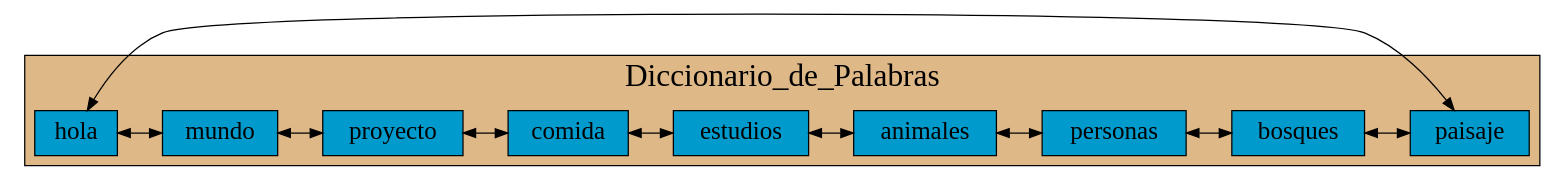
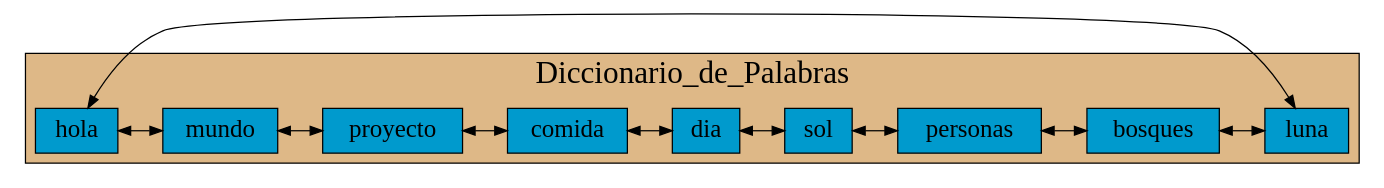
One commit to mariotun/EDD_1S2020_PY1_201602942 changed the diagram in Graficas/LCD_Diccionario.dot. Above: the diagram before and after it, drawn with Graphviz. The commit also changed 20 other files, not shown here.

```diff
--- a/Graficas/LCD_Diccionario.dot
+++ b/Graficas/LCD_Diccionario.dot
@@ -1,42 +1,42 @@
 digraph Lista_Doble{
 
 graph[ranksep= "0.5",nodesep= "0.5"];
 node[fontcolor=black shape=box style=filled fillcolor=deepskyblue3 fontsize=20];
 
 subgraph cluster_1 {
 
 fontname=algerian
 fontsize=25;
 label="Diccionario_de_Palabras";
 fontcolor=black
 style=filled
 fillcolor=burlywood
 labelloc=t;{rank=same;
-25770491664[label=" hola"];
-25770491696[label=" mundo"];
-25770491728[label=" proyecto"];
-25770491760[label=" comida"];
-25770491792[label=" estudios"];
-25770491824[label=" animales"];
-25770491856[label=" personas"];
-25770491888[label=" bosques"];
-25770491920[label=" paisaje"];
+25770491776[label=" hola"];
+25770491808[label=" mundo"];
+25770491840[label=" proyecto"];
+25770491872[label=" comida"];
+25770491904[label=" dia"];
+25770491936[label=" sol"];
+25770491968[label=" personas"];
+25770492000[label=" bosques"];
+25770492032[label=" luna"];
 };
 
-25770491664->
-25770491696->
-25770491728->
-25770491760->
-25770491792->
-25770491824->
-25770491856->
-25770491888->
-25770491920[dir=both color=black];
+25770491776->
+25770491808->
+25770491840->
+25770491872->
+25770491904->
+25770491936->
+25770491968->
+25770492000->
+25770492032[dir=both color=black];
 
 
-25770491664->25770491920
+25770491776->25770492032
 [dir=both color=black];
 
  }
 
 }
```
